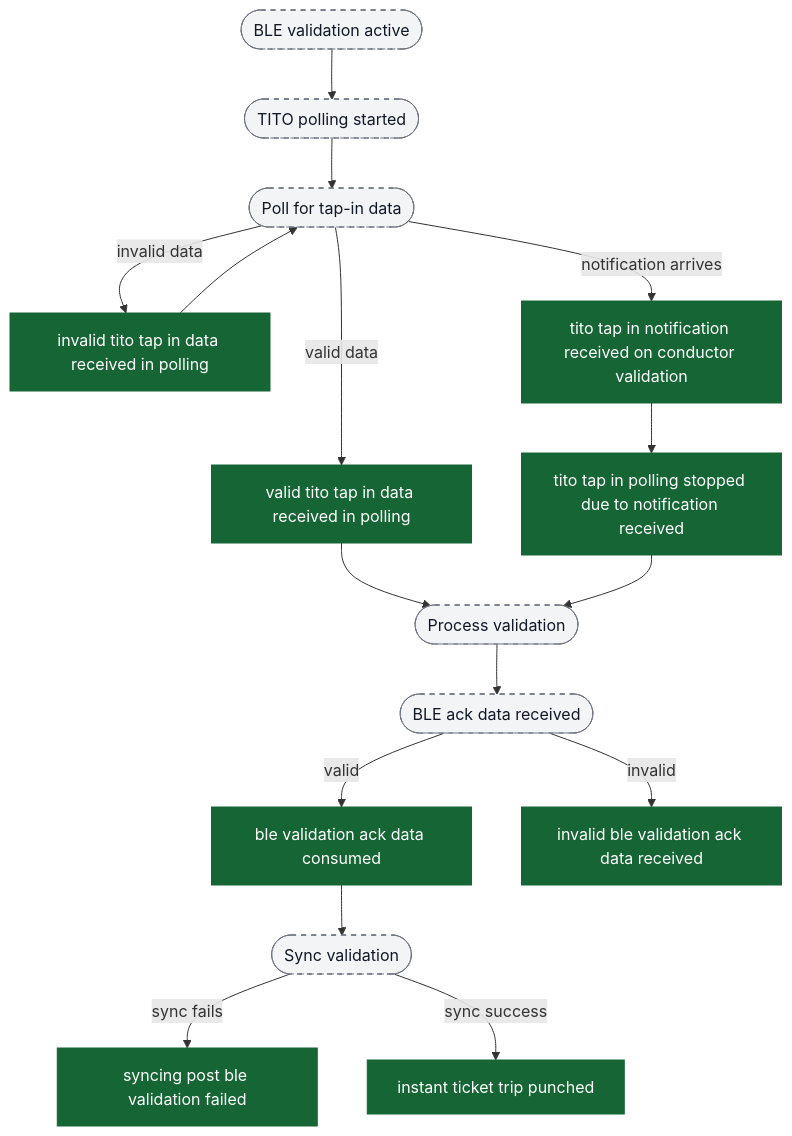
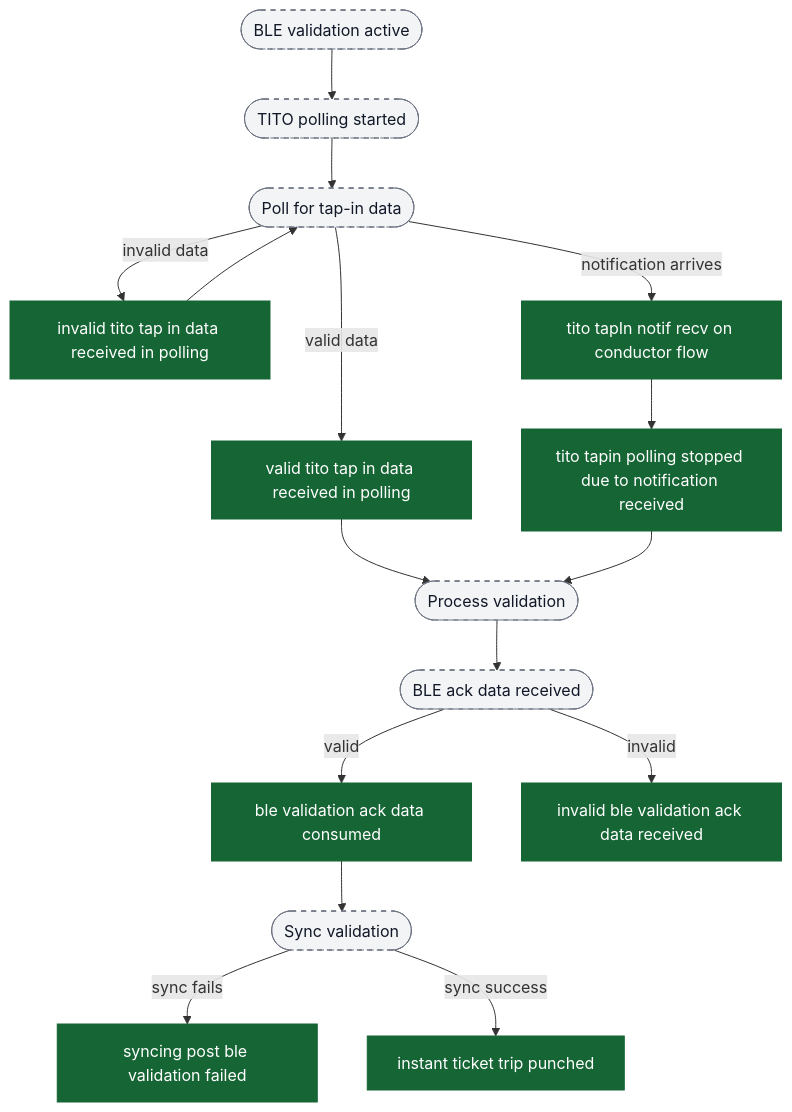
Before and after one commit to ratulsarna/chalo-app-dashboard: the ninth of 10 diagrams in content/analytics/instant-ticket-purchase/flow-diagrams.md, drawn with Mermaid. The commit also changed other lines of this file and 6 other files, not shown here.

First line of the commit message:
Refactor metro and quick-pay analytics flow diagrams and events

````diff
--- a/content/analytics/instant-ticket-purchase/flow-diagrams.md
+++ b/content/analytics/instant-ticket-purchase/flow-diagrams.md
@@ -238,29 +238,29 @@
 ```mermaid
 flowchart TD
   ui_bleValidation([BLE validation active]) --> ui_titoPolling([TITO polling started])
 
   ui_titoPolling --> ui_pollCheck([Poll for tap-in data])
   ui_pollCheck -->|valid data| ev_validTito["valid tito tap in data received in polling"]
   ui_pollCheck -->|invalid data| ev_invalidTito["invalid tito tap in data received in polling"]
 
   ev_validTito --> ui_processData([Process validation])
   ev_invalidTito --> ui_pollCheck
 
-  ui_pollCheck -->|notification arrives| ev_notifReceived["tito tap in notification received on conductor validation"]
-  ev_notifReceived --> ev_pollingStopped["tito tap in polling stopped due to notification received"]
+  ui_pollCheck -->|notification arrives| ev_notifReceived["tito tapIn notif recv on conductor flow"]
+  ev_notifReceived --> ev_pollingStopped["tito tapin polling stopped due to notification received"]
   ev_pollingStopped --> ui_processData
 
   ui_processData --> ui_bleAck([BLE ack data received])
   ui_bleAck -->|valid| ev_ackConsumed["ble validation ack data consumed"]
   ui_bleAck -->|invalid| ev_invalidAck["invalid ble validation ack data received"]
 
   ev_ackConsumed --> ui_sync([Sync validation])
   ui_sync -->|sync fails| ev_syncFailed["syncing post ble validation failed"]
   ui_sync -->|sync success| ev_tripPunched["instant ticket trip punched"]
 
   classDef event fill:#166534,stroke:#166534,color:#ffffff;
   classDef ui fill:#f3f4f6,stroke:#6b7280,stroke-dasharray: 5 5,color:#111827;
 
   class ev_validTito,ev_invalidTito,ev_notifReceived,ev_pollingStopped,ev_ackConsumed,ev_invalidAck,ev_syncFailed,ev_tripPunched event;
   class ui_bleValidation,ui_titoPolling,ui_pollCheck,ui_processData,ui_bleAck,ui_sync ui;
 ```
````
